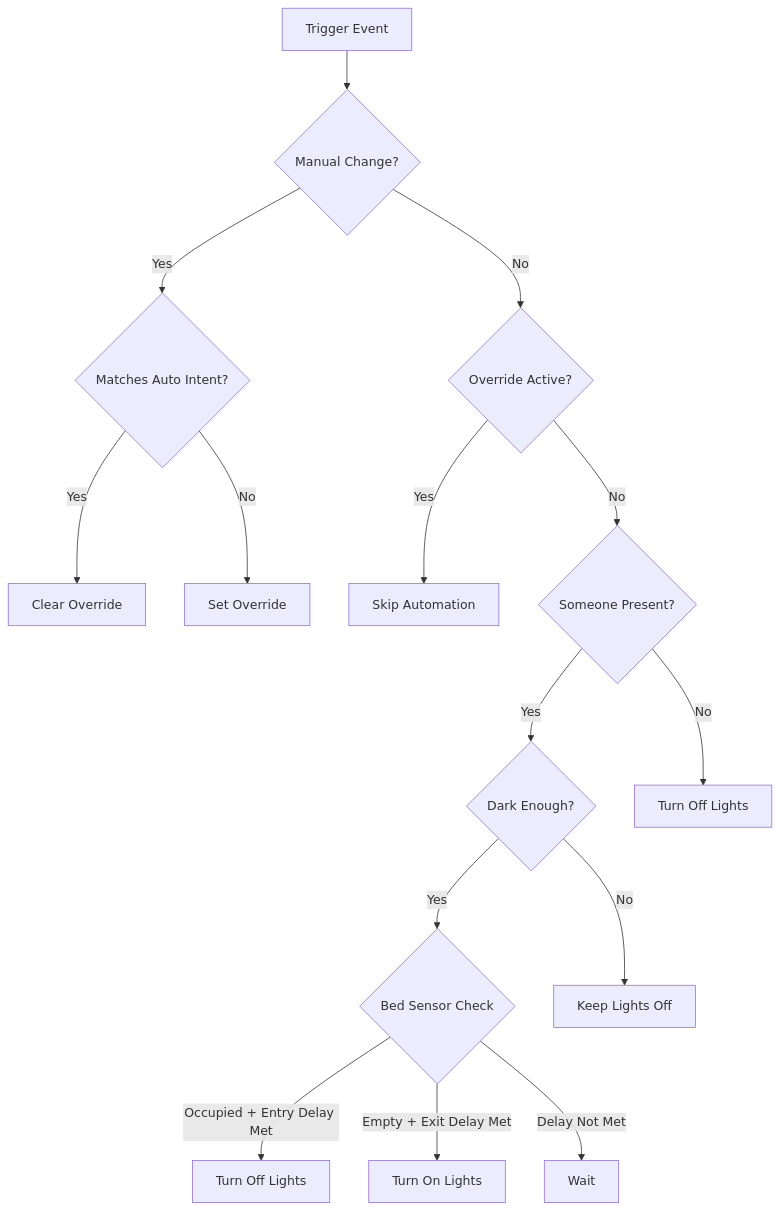
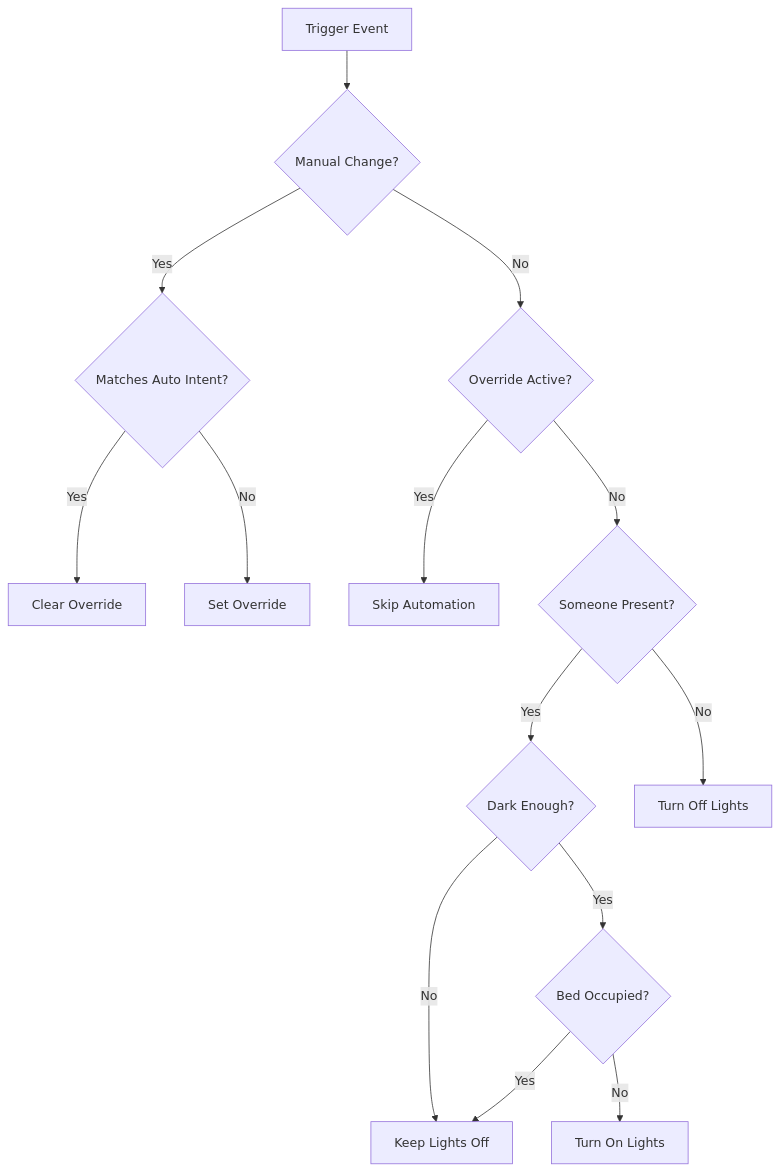
The diagram in README.md (Chris971991/Universal-Smart-Light-Automation), drawn with Mermaid before and after one commit. The commit also changed other lines of this file, not shown here.

````diff
--- a/README.md
+++ b/README.md
@@ -290,17 +235,16 @@
 ```mermaid
 graph TD
     A[Trigger Event] --> B{Manual Change?}
     B -->|Yes| C{Matches Auto Intent?}
     B -->|No| D{Override Active?}
     C -->|Yes| E[Clear Override]
     C -->|No| F[Set Override]
     D -->|Yes| G[Skip Automation]
     D -->|No| H{Someone Present?}
     H -->|Yes| I{Dark Enough?}
     H -->|No| J[Turn Off Lights]
-    I -->|Yes| K{Bed Sensor Check}
+    I -->|Yes| K{Bed Occupied?}
     I -->|No| L[Keep Lights Off]
-    K -->|Occupied + Entry Delay Met| M[Turn Off Lights]
-    K -->|Empty + Exit Delay Met| N[Turn On Lights]
-    K -->|Delay Not Met| O[Wait]
+    K -->|Yes| L
+    K -->|No| M[Turn On Lights]
 ```
````
